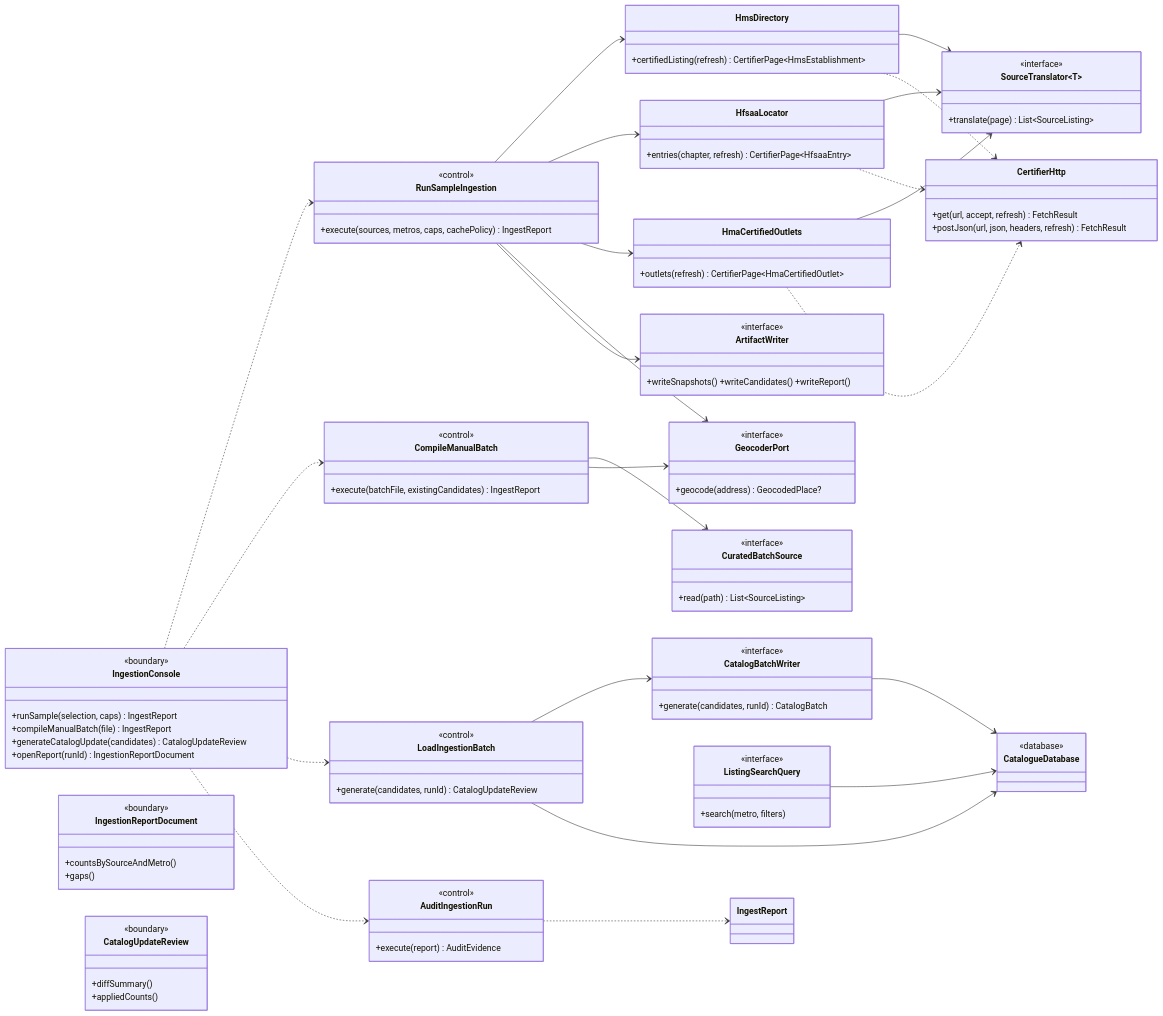
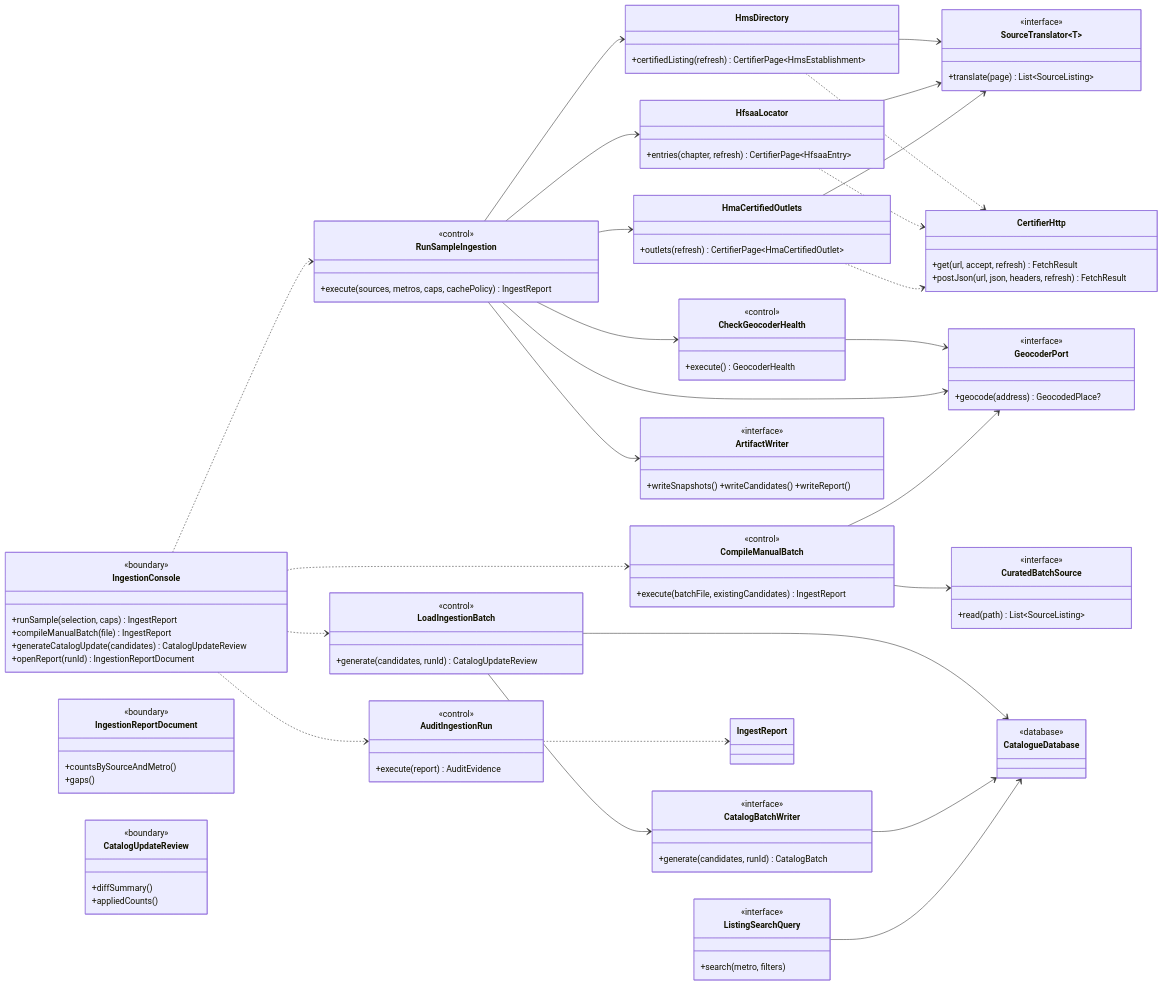
Before and after one commit to Losers-Lab/tahirs-list: the third of 3 diagrams in docs/features/SC-211/05-class-diagram-system.md, drawn with Mermaid. The commit also changed other lines of this file and 8 other files, not shown here.

```diff
--- a/docs/features/SC-211/05-class-diagram-system.md
+++ b/docs/features/SC-211/05-class-diagram-system.md
@@ -92,6 +94,10 @@
   class RunSampleIngestion {
     <<control>>
     +execute(sources, metros, caps, cachePolicy) IngestReport
+  }
+  class CheckGeocoderHealth {
+    <<control>>
+    +execute() GeocoderHealth
   }
   class CompileManualBatch {
     <<control>>
@@ -153,6 +159,8 @@
   RunSampleIngestion --> HmsDirectory
   RunSampleIngestion --> HfsaaLocator
   RunSampleIngestion --> HmaCertifiedOutlets
+  RunSampleIngestion --> CheckGeocoderHealth
+  CheckGeocoderHealth --> GeocoderPort
   RunSampleIngestion --> GeocoderPort
   RunSampleIngestion --> ArtifactWriter
   HmsDirectory --> SourceTranslator
```
